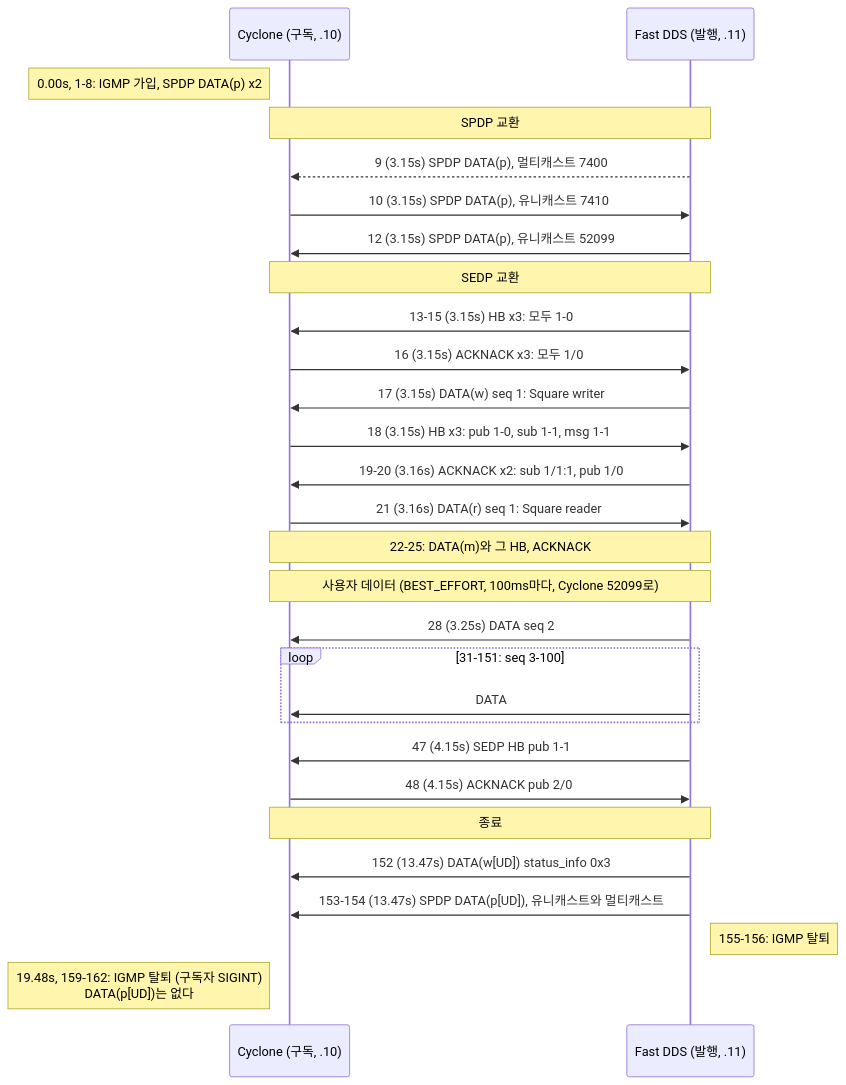
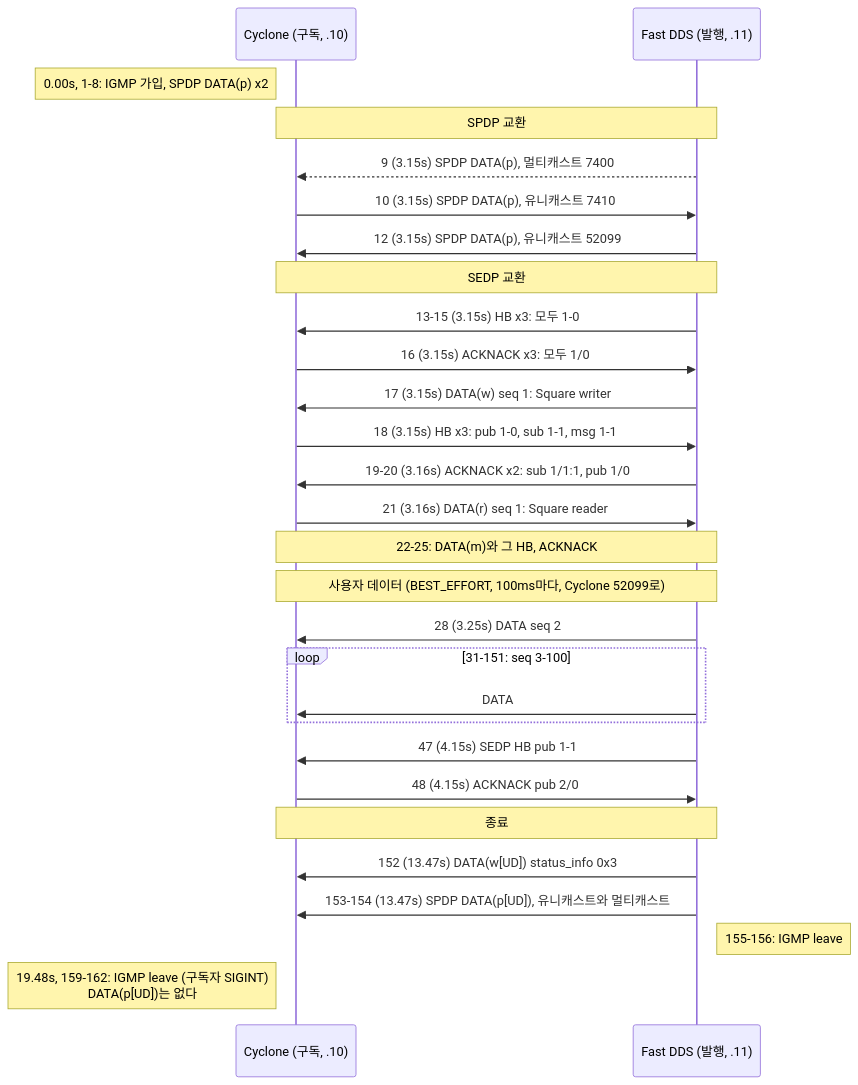
The fourth of 7 diagrams in captures/cyclone-fastdds/README.md (danielhongwoo/mdds), drawn with Mermaid before and after one commit. The commit also changed other lines of this file and 8 other files, not shown here.

````diff
--- a/captures/cyclone-fastdds/README.md
+++ b/captures/cyclone-fastdds/README.md
@@ -240,34 +240,34 @@
 ```mermaid
 sequenceDiagram
     participant C as Cyclone (구독, .10)
     participant F as Fast DDS (발행, .11)
 
     Note left of C: 0.00s, 1-8: IGMP 가입, SPDP DATA(p) x2
     Note over C,F: SPDP 교환
     F-->>C: 9 (3.15s) SPDP DATA(p), 멀티캐스트 7400
     C->>F: 10 (3.15s) SPDP DATA(p), 유니캐스트 7410
     F->>C: 12 (3.15s) SPDP DATA(p), 유니캐스트 52099
 
     Note over C,F: SEDP 교환
     F->>C: 13-15 (3.15s) HB x3: 모두 1-0
     C->>F: 16 (3.15s) ACKNACK x3: 모두 1/0
     F->>C: 17 (3.15s) DATA(w) seq 1: Square writer
     C->>F: 18 (3.15s) HB x3: pub 1-0, sub 1-1, msg 1-1
     F->>C: 19-20 (3.16s) ACKNACK x2: sub 1/1:1, pub 1/0
     C->>F: 21 (3.16s) DATA(r) seq 1: Square reader
     Note over C,F: 22-25: DATA(m)와 그 HB, ACKNACK
 
     Note over C,F: 사용자 데이터 (BEST_EFFORT, 100ms마다, Cyclone 52099로)
     F->>C: 28 (3.25s) DATA seq 2
     loop 31-151: seq 3-100
         F->>C: DATA
     end
     F->>C: 47 (4.15s) SEDP HB pub 1-1
     C->>F: 48 (4.15s) ACKNACK pub 2/0
 
     Note over C,F: 종료
     F->>C: 152 (13.47s) DATA(w[UD]) status_info 0x3
     F->>C: 153-154 (13.47s) SPDP DATA(p[UD]), 유니캐스트와 멀티캐스트
-    Note right of F: 155-156: IGMP 탈퇴
-    Note left of C: 19.48s, 159-162: IGMP 탈퇴 (구독자 SIGINT)<br/>DATA(p[UD])는 없다
+    Note right of F: 155-156: IGMP leave
+    Note left of C: 19.48s, 159-162: IGMP leave (구독자 SIGINT)<br/>DATA(p[UD])는 없다
 ```
````
